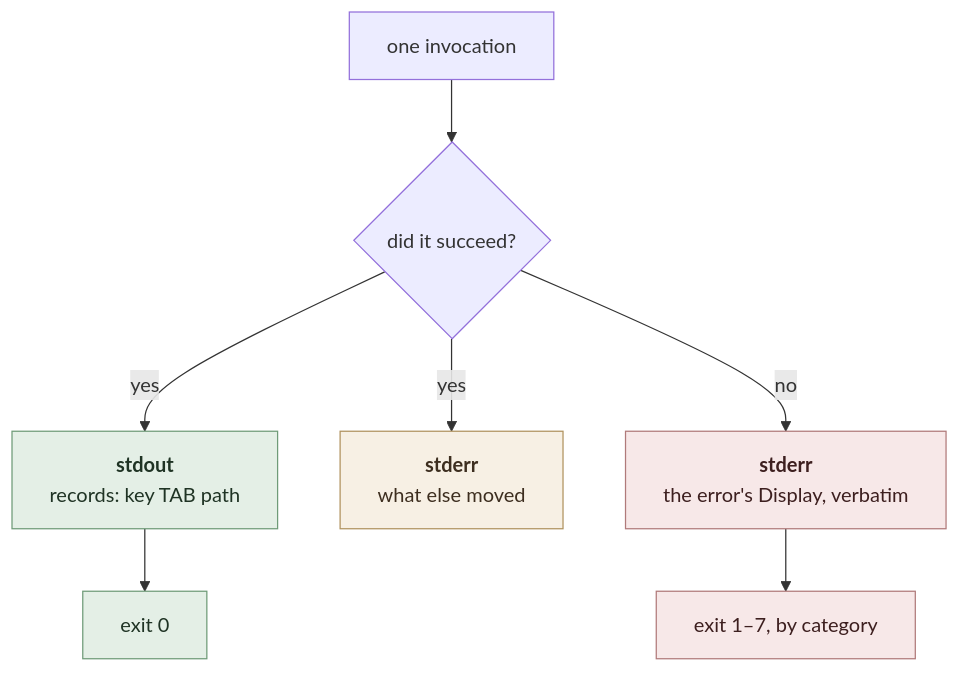
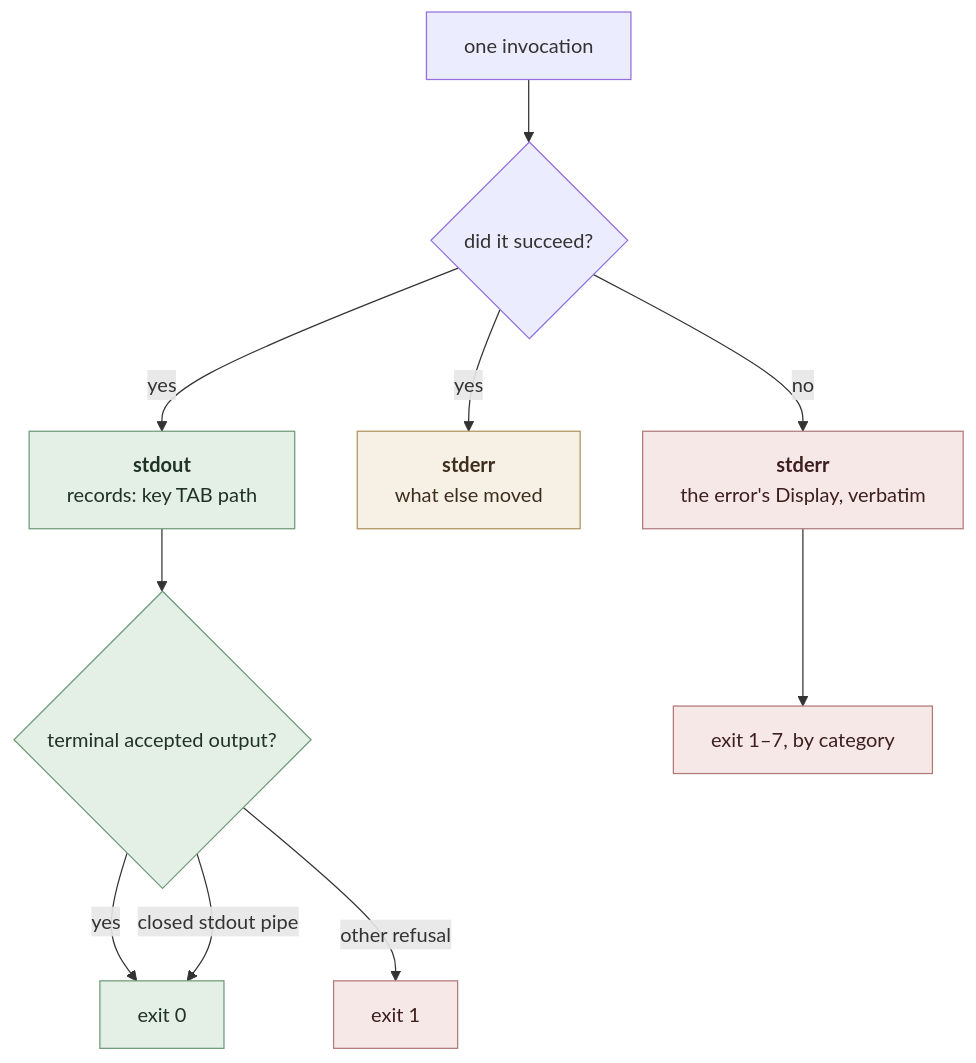
One commit to Linkuistics/grove changed the diagram in docs/ordinal-fs-tree/CLI.md. Above: the diagram before and after it, drawn with Mermaid. The commit also changed other lines of this file and 12 other files, not shown here.

````diff
--- a/docs/ordinal-fs-tree/CLI.md
+++ b/docs/ordinal-fs-tree/CLI.md
@@ -264,16 +264,19 @@
 ```mermaid
 flowchart TD
     A["one invocation"] --> B{"did it succeed?"}
     B -->|yes| C["<b>stdout</b><br/>records: key TAB path"]
     B -->|yes| D["<b>stderr</b><br/>what else moved"]
     B -->|no| E["<b>stderr</b><br/>the error's Display, verbatim"]
-    C --> F["exit 0"]
+    C --> F{"terminal accepted output?"}
+    F -->|yes| H["exit 0"]
+    F -->|closed stdout pipe| H
+    F -->|other refusal| I["exit 1"]
     E --> G["exit 1–7, by category"]
 
     classDef ok fill:#e4efe6,stroke:#6f9b78,color:#1f3324
     classDef note fill:#f7f0e4,stroke:#b0935f,color:#3d2e1f
     classDef bad fill:#f7e8e8,stroke:#b07a7a,color:#3d1f1f
-    class C,F ok
+    class C,F,H ok
     class D note
-    class E,G bad
+    class E,G,I bad
 ```
````
